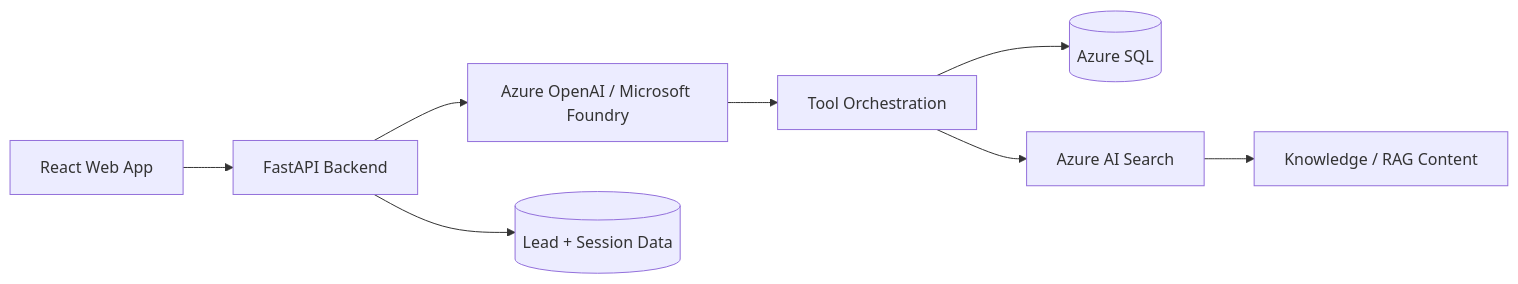
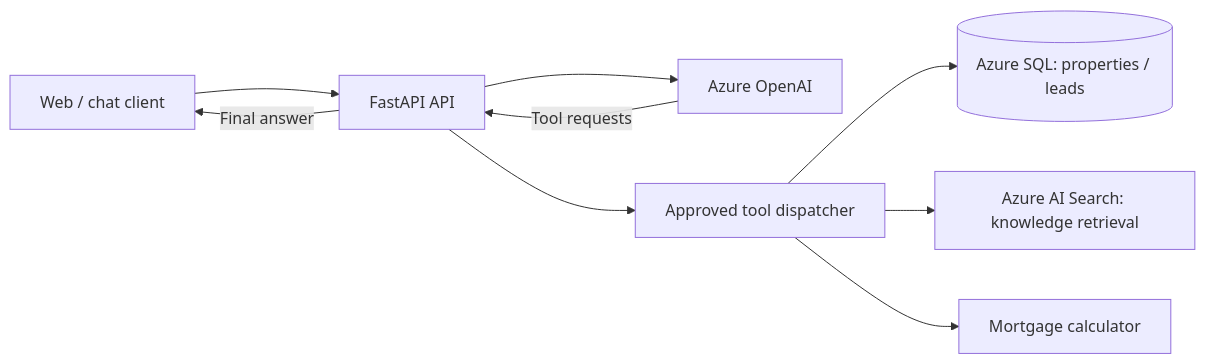
The diagram in README.md (mohammedatiq99-cell/aqarmind-backend), drawn with Mermaid before and after one commit. The commit also changed other lines of this file and 10 other files, not shown here.

````diff
--- a/README.md
+++ b/README.md
@@ -22,10 +25,11 @@
 ```mermaid
 flowchart LR
-    UI[React Web App] --> API[FastAPI Backend]
-    API --> LLM[Azure OpenAI / Microsoft Foundry]
-    LLM --> TOOLS[Tool Orchestration]
-    TOOLS --> SQL[(Azure SQL)]
-    TOOLS --> SEARCH[Azure AI Search]
-    SEARCH --> RAG[Knowledge / RAG Content]
-    API --> LEADS[(Lead + Session Data)]
+    Client["Web / chat client"] --> API["FastAPI API"]
+    API --> LLM["Azure OpenAI"]
+    LLM -->|Tool requests| API
+    API --> Tools["Approved tool dispatcher"]
+    Tools --> SQL[("Azure SQL: properties / leads")]
+    Tools --> Search["Azure AI Search: knowledge retrieval"]
+    Tools --> Calc["Mortgage calculator"]
+    API -->|Final answer| Client
 ```
````
